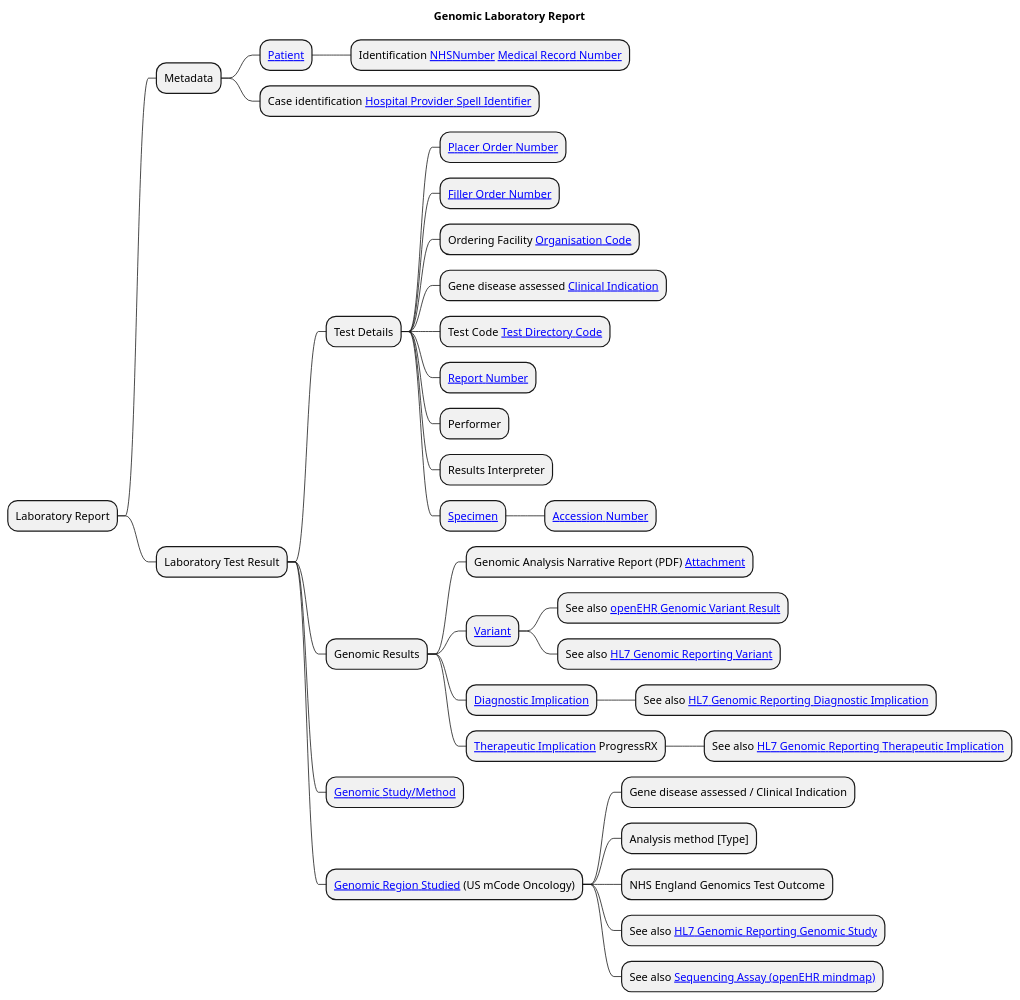
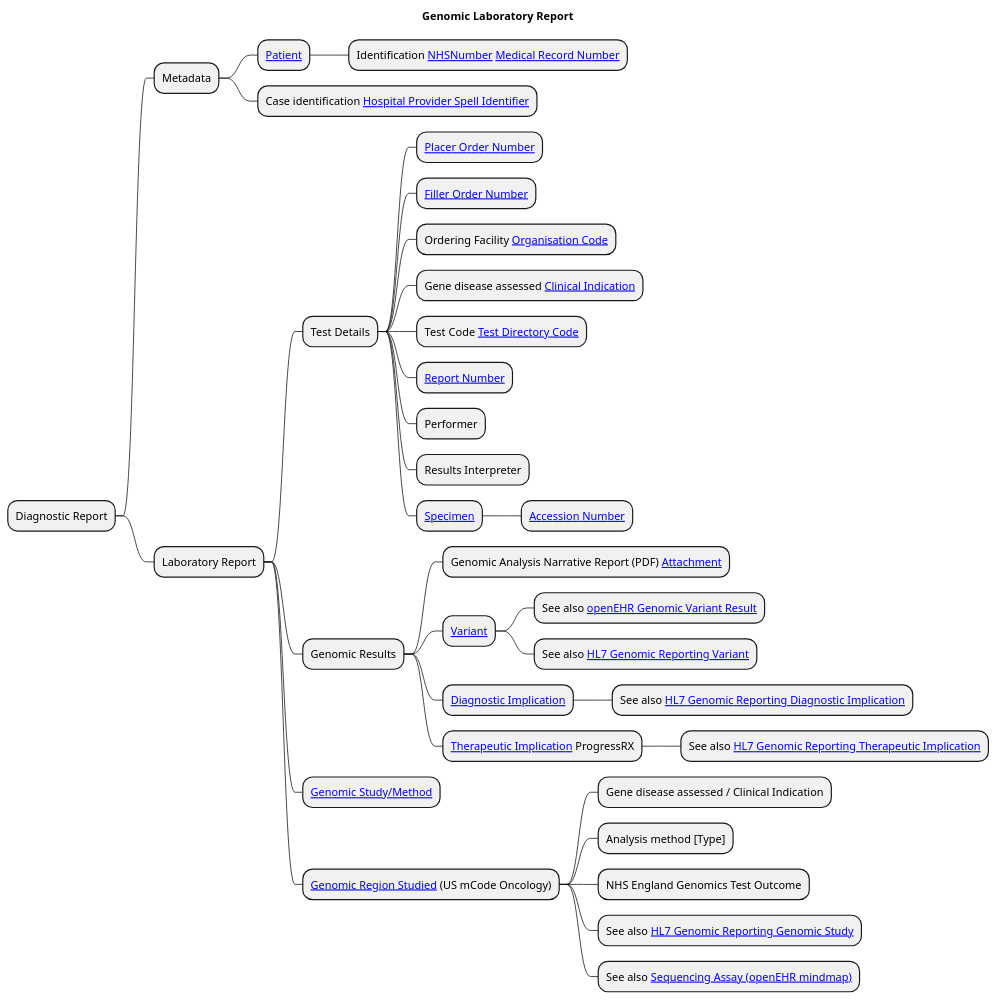
One commit to uk-gov-mirror/nw-gmsa.nw-gmsa.github.com changed the diagram in input/images-source/LaboratoryReport-mindmap.plantuml. Above: the diagram before and after it, drawn with PlantUML. The commit also changed 1 other file, not shown here.

Commit message:
Diagnostic Implication

```diff
--- a/input/images-source/LaboratoryReport-mindmap.plantuml
+++ b/input/images-source/LaboratoryReport-mindmap.plantuml
@@ -1,39 +1,39 @@
 @startmindmap
 
 title "Genomic Laboratory Report"
 
-* Laboratory Report
+* Diagnostic Report
 ** Metadata
 *** [[StructureDefinition-Patient.html Patient]]
 **** Identification [[StructureDefinition-NHSNumber.html NHSNumber]] [[StructureDefinition-MedicalRecordNumber.html Medical Record Number]]
 *** Case identification [[StructureDefinition-HospitalProviderSpellIdentifier.html Hospital Provider Spell Identifier]]
-** Laboratory Test Result
+** Laboratory Report
 *** Test Details
 **** [[StructureDefinition-PlacerOrderNumber.html Placer Order Number]]
 **** [[StructureDefinition-FillerOrderNumber.html Filler Order Number]]
 **** Ordering Facility [[StructureDefinition-OrganisationCode.html Organisation Code]]
 **** Gene disease assessed [[CodeSystem-GenomicClinicalIndication.html Clinical Indication]]
 **** Test Code [[CodeSystem-GenomicTestCode.html Test Directory Code]]
 **** [[StructureDefinition-ReportNumber.html Report Number]]
 **** Performer
 **** Results Interpreter
 **** [[StructureDefinition-Specimen.html Specimen]]
 ***** [[StructureDefinition-AccessionNumber.html Accession Number]]
 *** Genomic Results
 **** Genomic Analysis Narrative Report (PDF) [[StructureDefinition-NWAttachment.html Attachment]]
 **** [[StructureDefinition-Observation-Variant.html Variant]]
 ***** See also [[https://ckm.openehr.org/ckm/archetypes/1013.1.3759/mindmap openEHR Genomic Variant Result]]
 ***** See also [[https://build.fhir.org/ig/HL7/genomics-reporting/StructureDefinition-variant.html HL7 Genomic Reporting Variant]]
 **** [[StructureDefinition-Observation-DiagnosticImplication.html Diagnostic Implication]]
 ***** See also [[https://build.fhir.org/ig/HL7/genomics-reporting/StructureDefinition-diagnostic-implication.html HL7 Genomic Reporting Diagnostic Implication]]
 **** [[StructureDefinition-Observation-TherapeuticImplication.html Therapeutic Implication]] ProgressRX
 ***** See also [[https://build.fhir.org/ig/HL7/genomics-reporting/StructureDefinition-therapeutic-implication.html HL7 Genomic Reporting Therapeutic Implication]]
 *** [[StructureDefinition-Procedure-GenomicStudy.html Genomic Study/Method]]
 *** [[https://build.fhir.org/ig/HL7/fhir-mCODE-ig/StructureDefinition-mcode-genomic-region-studied.html Genomic Region Studied]] (US mCode Oncology)
 **** Gene disease assessed / Clinical Indication
 **** Analysis method [Type]
 **** NHS England Genomics Test Outcome
 **** See also [[https://build.fhir.org/ig/HL7/genomics-reporting/StructureDefinition-genomic-study.html HL7 Genomic Reporting Genomic Study]]
 **** See also [[https://ckm.openehr.org/ckm/archetypes/1013.1.4256/mindmap Sequencing Assay (openEHR mindmap)]]
 
 @endmindmap
```
